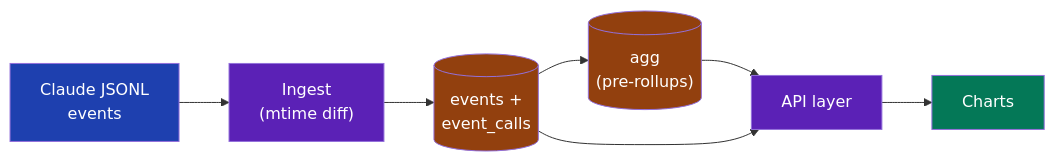
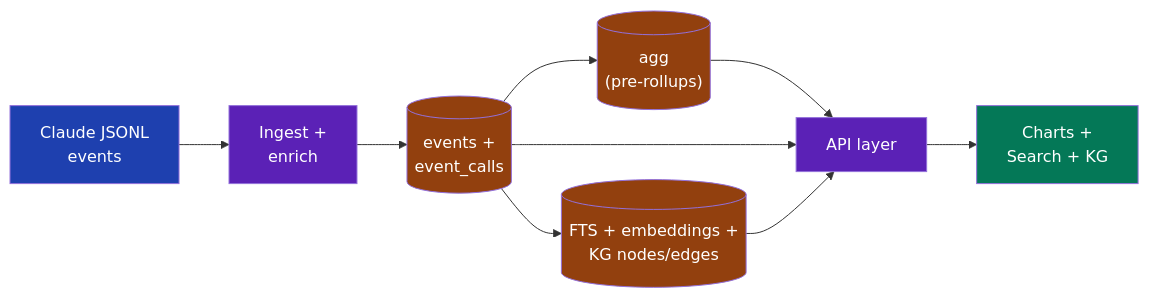
Before and after one commit to neozenith/claude-code-sessions: the third of 8 diagrams in README.md, drawn with Mermaid. The commit also changed other lines of this file, not shown here.

````diff
--- a/README.md
+++ b/README.md
@@ -75,20 +83,23 @@
 ```mermaid
 flowchart LR
     S["Claude JSONL<br/>events"]:::source
-    I["Ingest<br/>(mtime diff)"]:::process
+    I["Ingest +<br/>enrich"]:::process
     D[("events +<br/>event_calls")]:::storage
     AGG[("agg<br/>(pre-rollups)")]:::storage
+    KG[("FTS + embeddings +<br/>KG nodes/edges")]:::storage
     API["API layer"]:::process
-    UI["Charts"]:::output
+    UI["Charts +<br/>Search + KG"]:::output
 
     S --> I --> D
     D --> AGG
+    D --> KG
     AGG --> API
     D --> API
+    KG --> API
     API --> UI
 
     classDef source  fill:#1e40af,color:#ffffff
     classDef storage fill:#92400e,color:#ffffff
     classDef process fill:#5b21b6,color:#ffffff
     classDef output  fill:#047857,color:#ffffff
 ```
````
